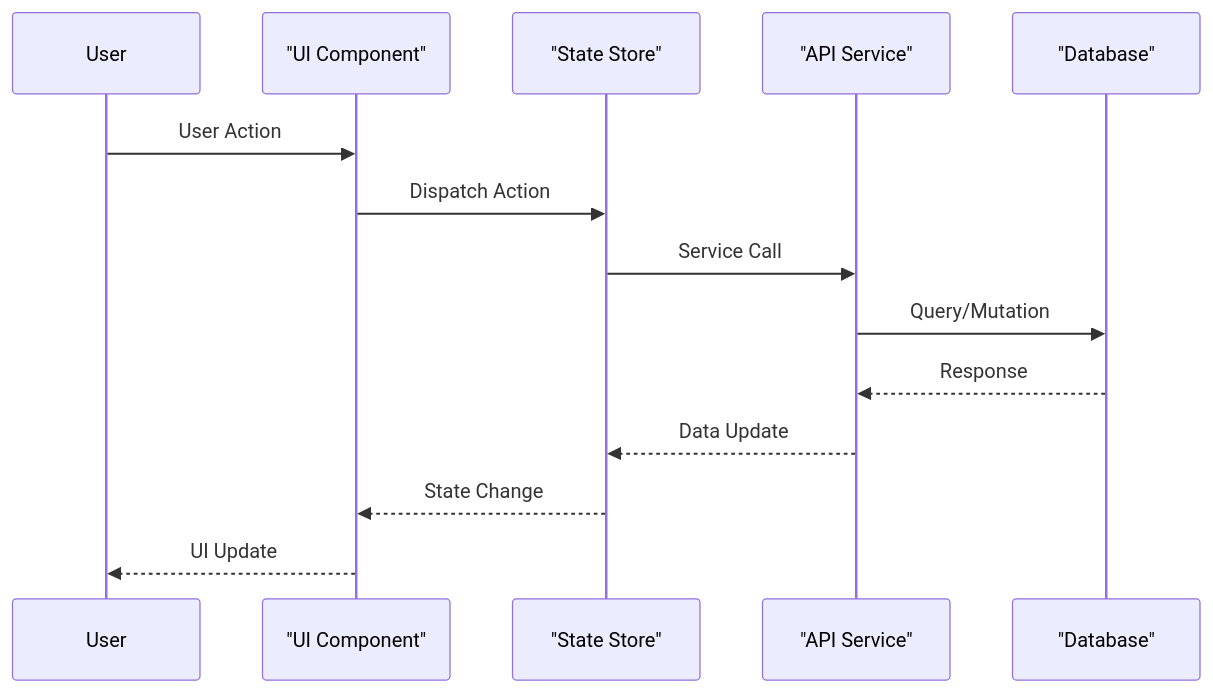
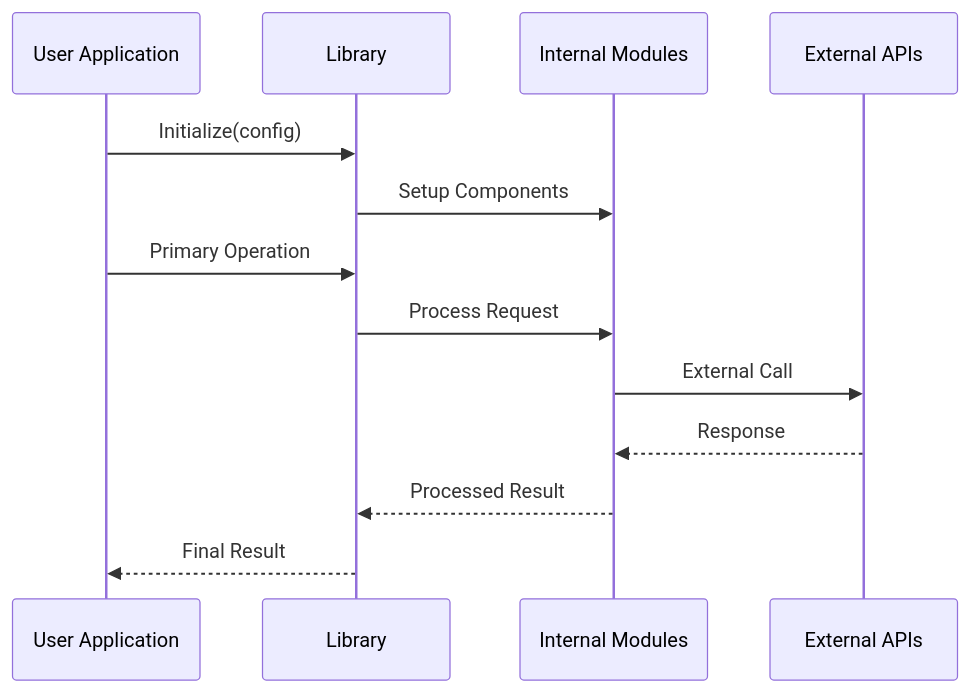
One commit to xincheng213618/OpenDeepWiki changed the third of 10 diagrams in src/KoalaWiki/Prompts/Warehouse/GenerateDocsApplications.md. Above: the diagram before and after it, drawn with Mermaid. The commit also changed other lines of this file and 8 other files, not shown here.

````diff
--- a/src/KoalaWiki/Prompts/Warehouse/GenerateDocsApplications.md
+++ b/src/KoalaWiki/Prompts/Warehouse/GenerateDocsApplications.md
@@ -170,17 +148,15 @@
 ```mermaid
 sequenceDiagram
-    participant User
-    participant UI as "UI Component"
-    participant Store as "State Store"
-    participant API as "API Service"
-    participant DB as "Database"
-    
-    User->>UI: User Action
-    UI->>Store: Dispatch Action
-    Store->>API: Service Call
-    API->>DB: Query/Mutation
-    DB-->>API: Response
-    API-->>Store: Data Update
-    Store-->>UI: State Change
-    UI-->>User: UI Update
+    participant App as User Application
+    participant Lib as Library
+    participant Internal as Internal Modules
+    participant External as External APIs
+    App->>Lib: Initialize(config)
+    Lib->>Internal: Setup Components
+    App->>Lib: Primary Operation
+    Lib->>Internal: Process Request
+    Internal->>External: External Call
+    External-->>Internal: Response
+    Internal-->>Lib: Processed Result
+    Lib-->>App: Final Result
 ```
````
